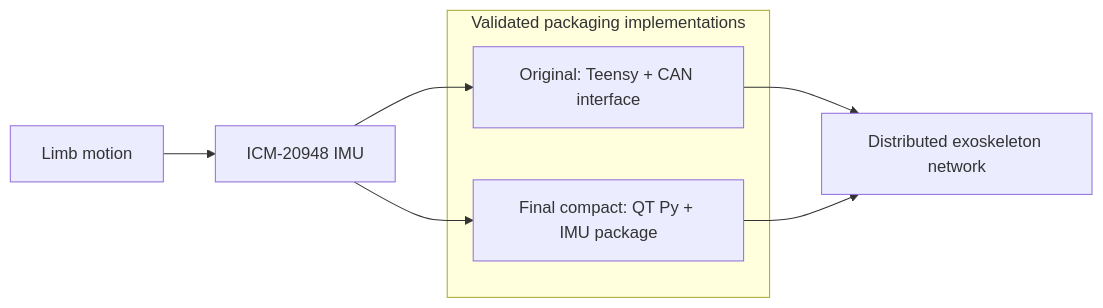
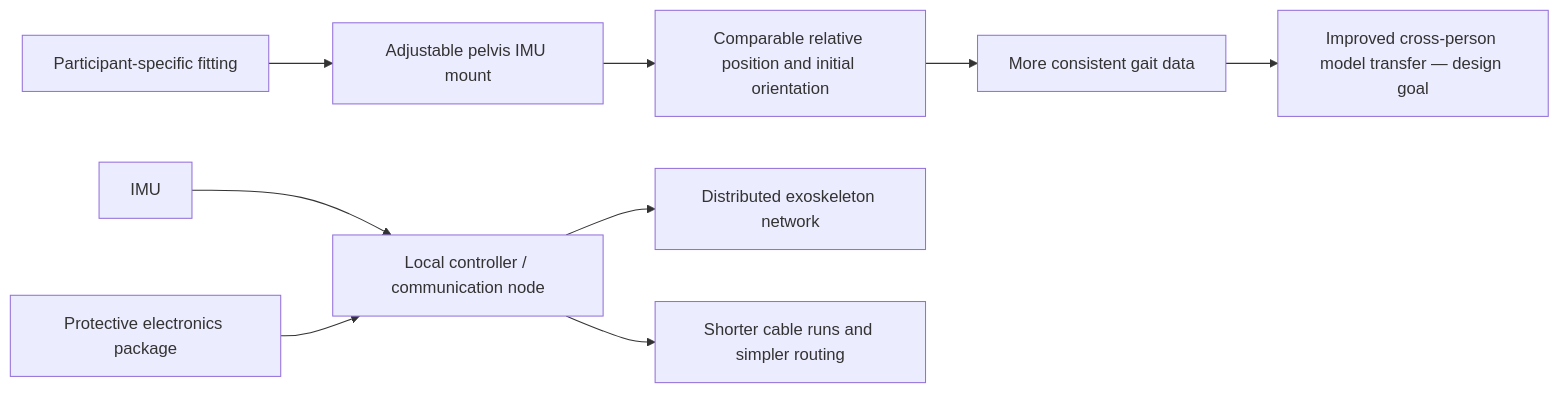
One commit to eikahn922/exoskeleton_SensorPlacementProject changed the diagram in README.md. Above: the diagram before and after it, drawn with Mermaid. The commit also changed other lines of this file and 181 other files, not shown here.

Commit message:
Add adjustable pelvis IMU mounting project

````diff
--- a/README.md
+++ b/README.md
@@ -32,12 +50,12 @@
-```mermaid
+~~~mermaid
 flowchart LR
-    Motion["Limb motion"] --> IMU["ICM-20948 IMU"]
-    subgraph Packages["Validated packaging implementations"]
-        Original["Original: Teensy + CAN interface"]
-        Compact["Final compact: QT Py + IMU package"]
-    end
-    IMU --> Original
-    IMU --> Compact
-    Original --> Network["Distributed exoskeleton network"]
-    Compact --> Network
-```
+    Fit["Participant-specific fitting"] --> Mount["Adjustable pelvis IMU mount"]
+    Mount --> Alignment["Comparable relative position and initial orientation"]
+    Alignment --> Data["More consistent gait data"]
+    Data --> Transfer["Improved cross-person model transfer — design goal"]
+
+    IMU["IMU"] --> Local["Local controller / communication node"]
+    Local --> Network["Distributed exoskeleton network"]
+    Local --> Wiring["Shorter cable runs and simpler routing"]
+    Package["Protective electronics package"] --> Local
+~~~
````
